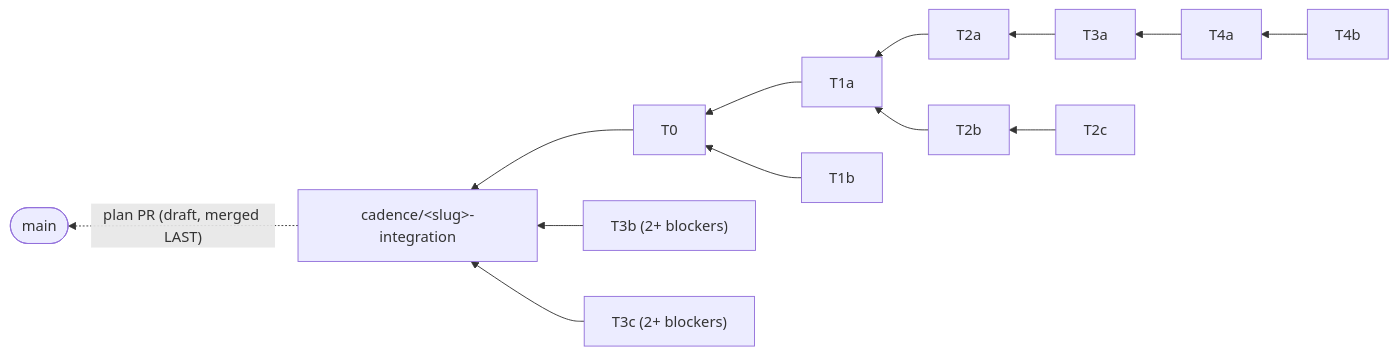
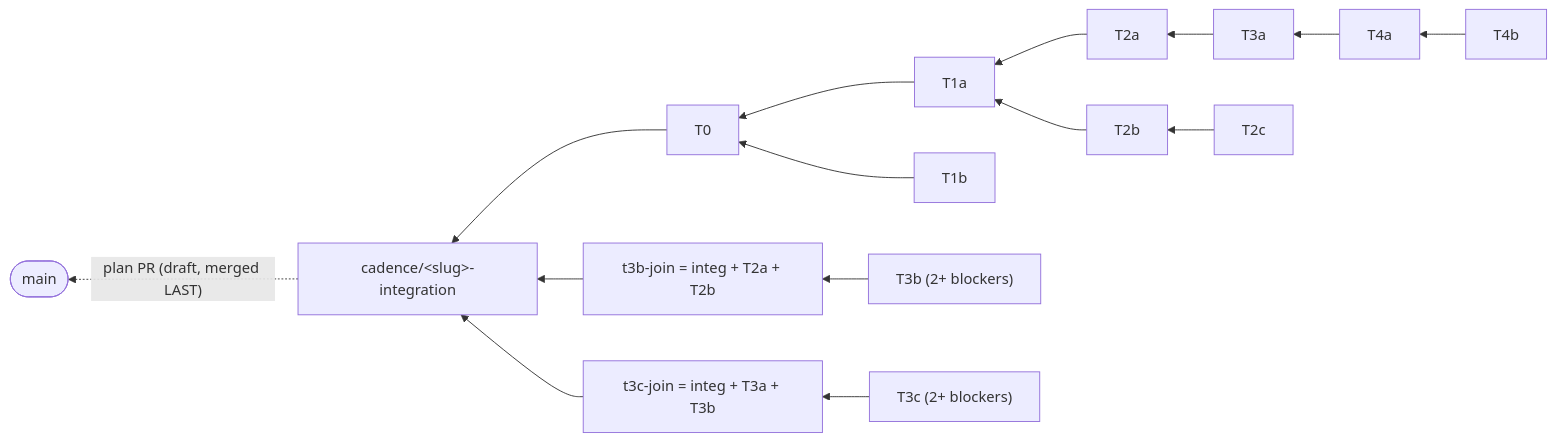
The third of 6 diagrams in plugins/cadence/README.md (hugo-hsbtech/hsb-plugin-marketplace), drawn with Mermaid before and after one commit. The commit also changed other lines of this file and 8 other files, not shown here.

````diff
--- a/plugins/cadence/README.md
+++ b/plugins/cadence/README.md
@@ -218,18 +247,20 @@
 ```mermaid
 graph RL
   main([main])
   integ["cadence/&lt;slug&gt;-integration"]
   integ -. "plan PR (draft, merged LAST)" .-> main
 
   T0["T0"] --> integ
   T1a["T1a"] --> T0
   T1b["T1b"] --> T0
   T2a["T2a"] --> T1a
   T2b["T2b"] --> T1a
   T2c["T2c"] --> T2b
   T3a["T3a"] --> T2a
-  T3b["T3b (2+ blockers)"] --> integ
-  T3c["T3c (2+ blockers)"] --> integ
+  J3b["t3b-join = integ + T2a + T2b"] --> integ
+  T3b["T3b (2+ blockers)"] --> J3b
+  J3c["t3c-join = integ + T3a + T3b"] --> integ
+  T3c["T3c (2+ blockers)"] --> J3c
   T4a["T4a"] --> T3a
   T4b["T4b"] --> T4a
 ```
````
